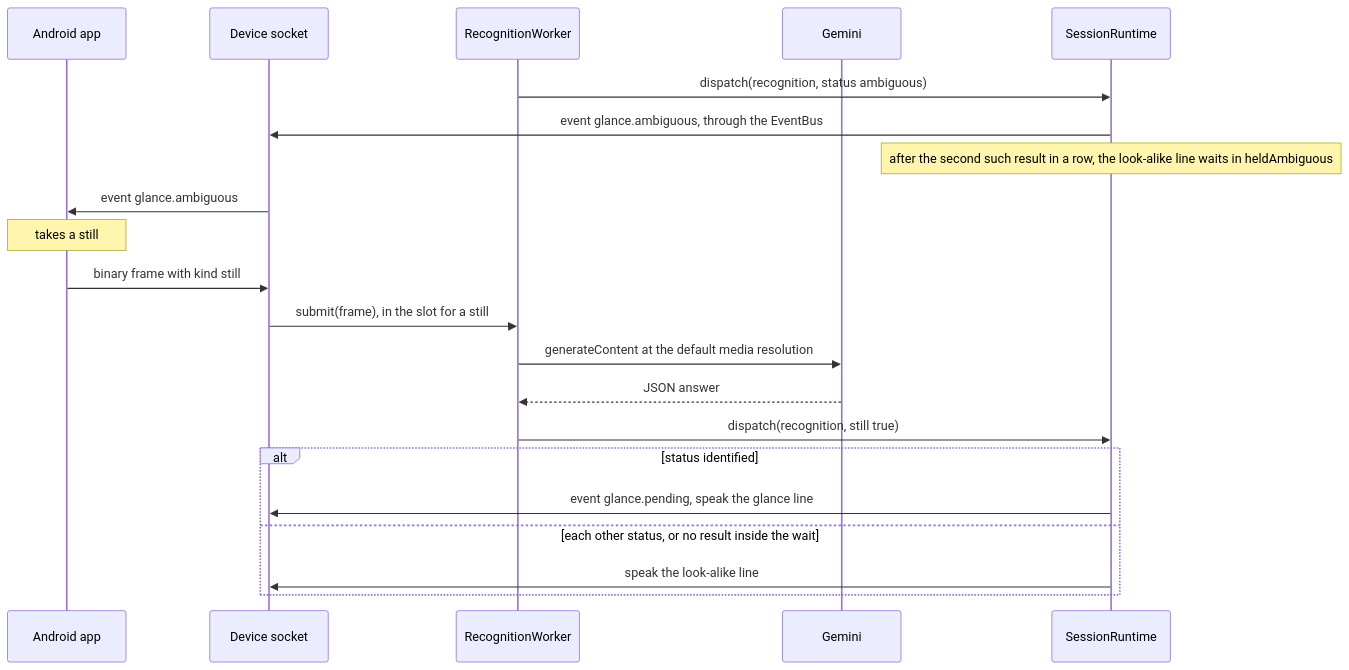
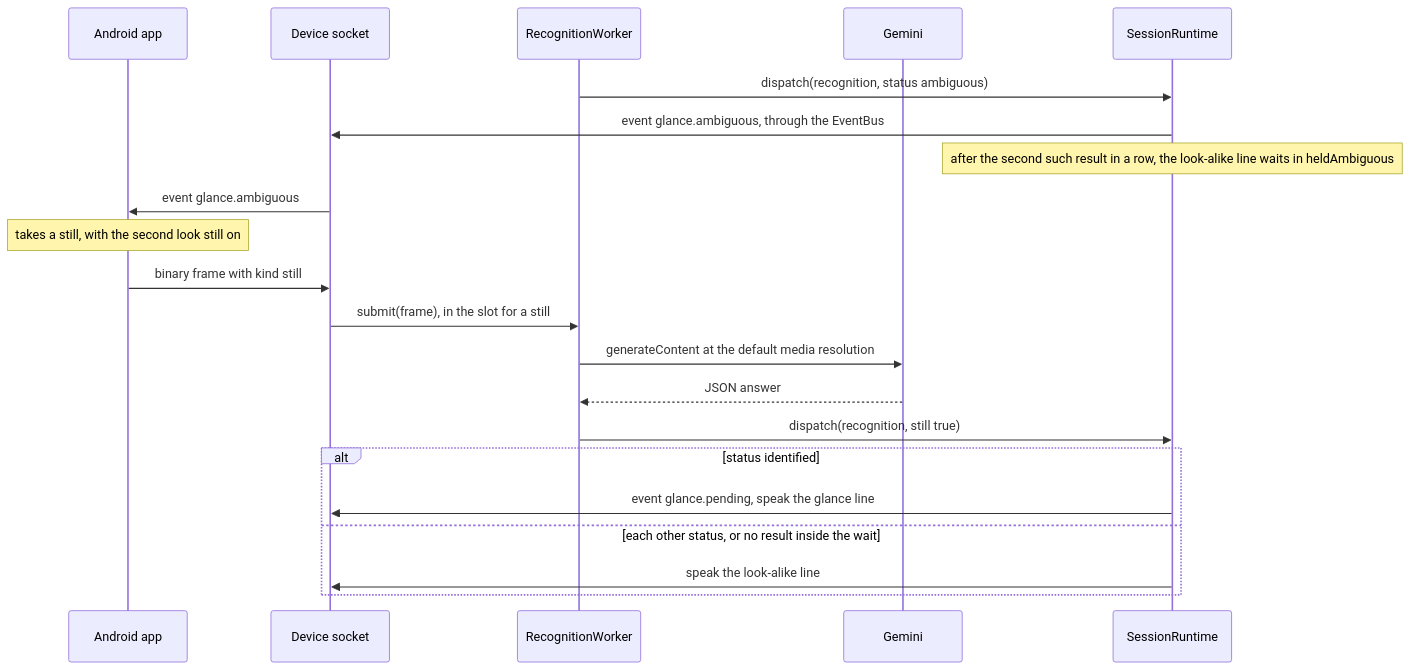
Before and after one commit to mrBymax/glance: the fourth of 14 diagrams in docs/architecture.md, drawn with Mermaid. The commit also changed other lines of this file and 2 other files, not shown here.

First line of the commit message:
docs: describe the second look setting and the label still that waits

````diff
--- a/docs/architecture.md
+++ b/docs/architecture.md
@@ -250,24 +250,24 @@
 ```mermaid
 sequenceDiagram
   participant App as Android app
   participant Socket as Device socket
   participant Worker as RecognitionWorker
   participant Gemini
   participant Runtime as SessionRuntime
 
   Worker->>Runtime: dispatch(recognition, status ambiguous)
   Runtime->>Socket: event glance.ambiguous, through the EventBus
   Note over Runtime: after the second such result in a row, the look-alike line waits in heldAmbiguous
   Socket->>App: event glance.ambiguous
-  Note over App: takes a still
+  Note over App: takes a still, with the second look still on
   App->>Socket: binary frame with kind still
   Socket->>Worker: submit(frame), in the slot for a still
   Worker->>Gemini: generateContent at the default media resolution
   Gemini-->>Worker: JSON answer
   Worker->>Runtime: dispatch(recognition, still true)
   alt status identified
     Runtime->>Socket: event glance.pending, speak the glance line
   else each other status, or no result inside the wait
     Runtime->>Socket: speak the look-alike line
   end
 ```
````
